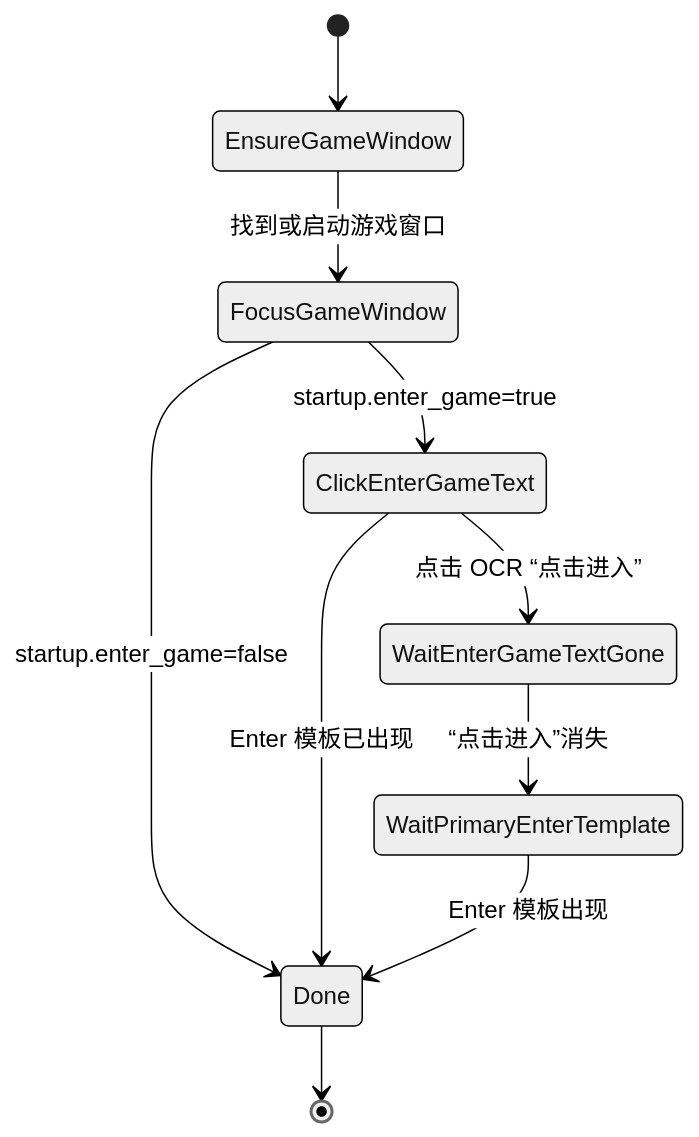
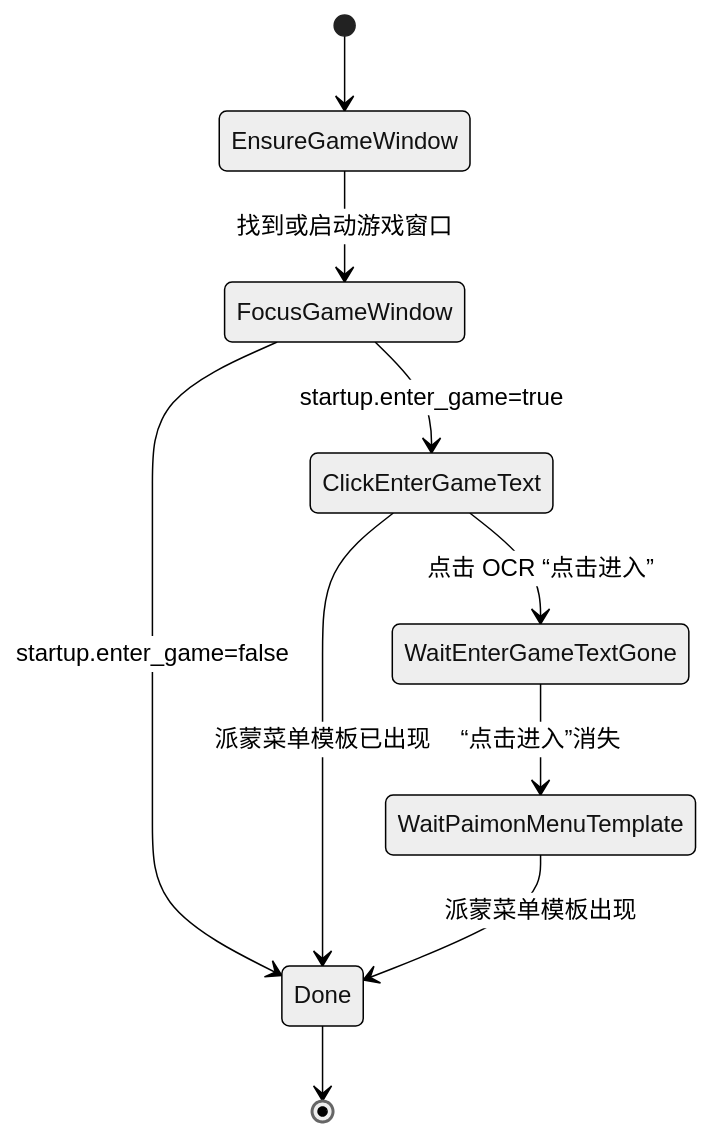
Before and after one commit to XingNian-www/Miliastra-Wonderland-Music: the second of 3 diagrams in docs/startup-wonderland-flow.md, drawn with Mermaid (neutral theme). The commit also changed other lines of this file and 45 other files, not shown here.

````diff
--- a/docs/startup-wonderland-flow.md
+++ b/docs/startup-wonderland-flow.md
@@ -42,12 +42,12 @@
 ```mermaid
 stateDiagram-v2
     [*] --> EnsureGameWindow
     EnsureGameWindow --> FocusGameWindow: 找到或启动游戏窗口
     FocusGameWindow --> ClickEnterGameText: startup.enter_game=true
     FocusGameWindow --> Done: startup.enter_game=false
-    ClickEnterGameText --> Done: Enter 模板已出现
+    ClickEnterGameText --> Done: 派蒙菜单模板已出现
     ClickEnterGameText --> WaitEnterGameTextGone: 点击 OCR “点击进入”
-    WaitEnterGameTextGone --> WaitPrimaryEnterTemplate: “点击进入”消失
-    WaitPrimaryEnterTemplate --> Done: Enter 模板出现
+    WaitEnterGameTextGone --> WaitPaimonMenuTemplate: “点击进入”消失
+    WaitPaimonMenuTemplate --> Done: 派蒙菜单模板出现
     Done --> [*]
 ```
````
